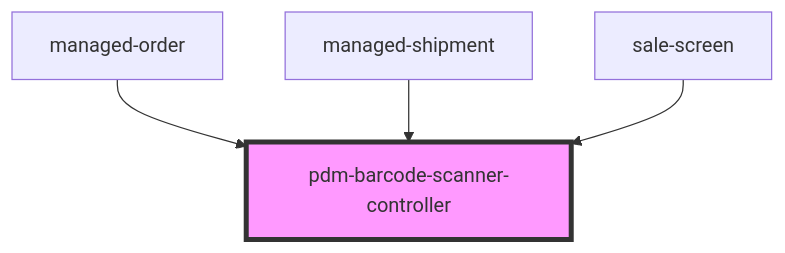
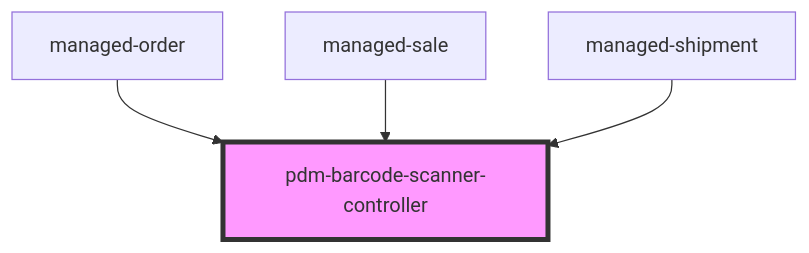
The diagram in pdm-web-components/src/components/pdm-barcode-scanner-controller/readme.md (PharmaLedger-IMI/fgt-workspace), drawn with Mermaid before and after one commit. The commit also changed other lines of this file and 48 other files, not shown here.

Commit message:
refs #14 - sale screen functional along with listing

````diff
--- a/pdm-web-components/src/components/pdm-barcode-scanner-controller/readme.md
+++ b/pdm-web-components/src/components/pdm-barcode-scanner-controller/readme.md
@@ -68,7 +68,7 @@
 ```mermaid
 graph TD;
   managed-order --> pdm-barcode-scanner-controller
+  managed-sale --> pdm-barcode-scanner-controller
   managed-shipment --> pdm-barcode-scanner-controller
-  sale-screen --> pdm-barcode-scanner-controller
   style pdm-barcode-scanner-controller fill:#f9f,stroke:#333,stroke-width:4px
 ```
````
